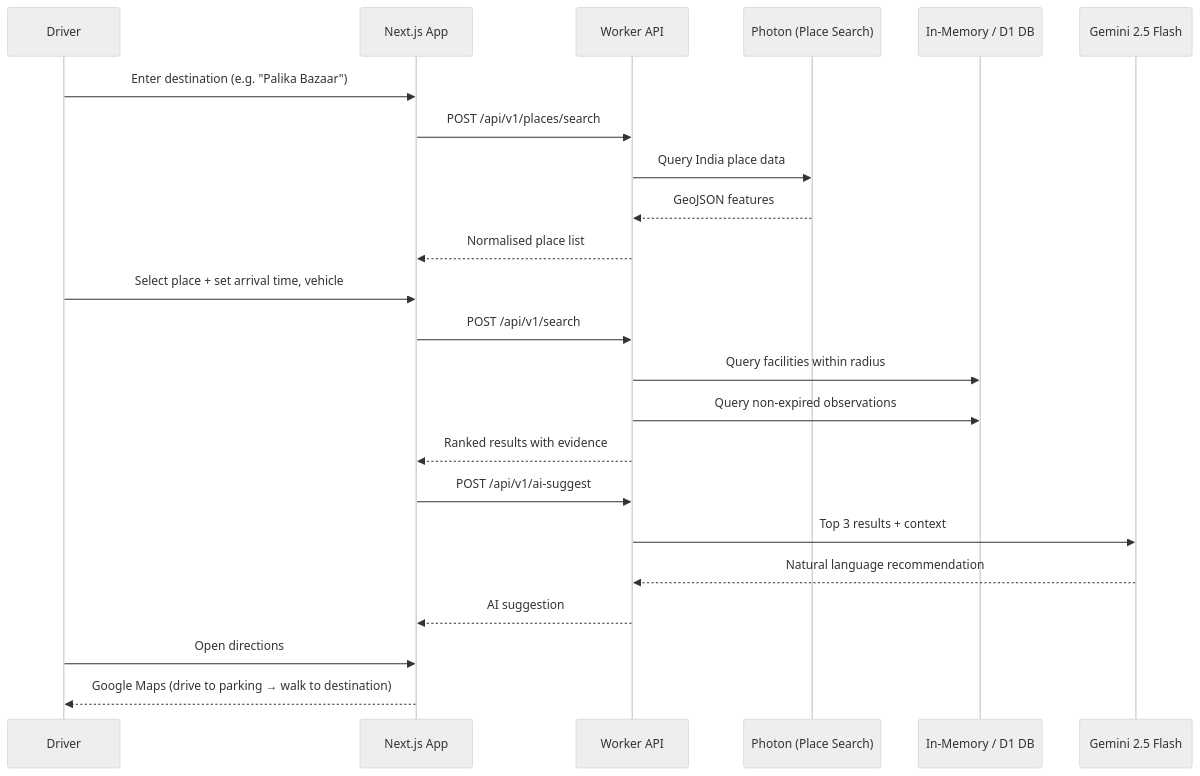
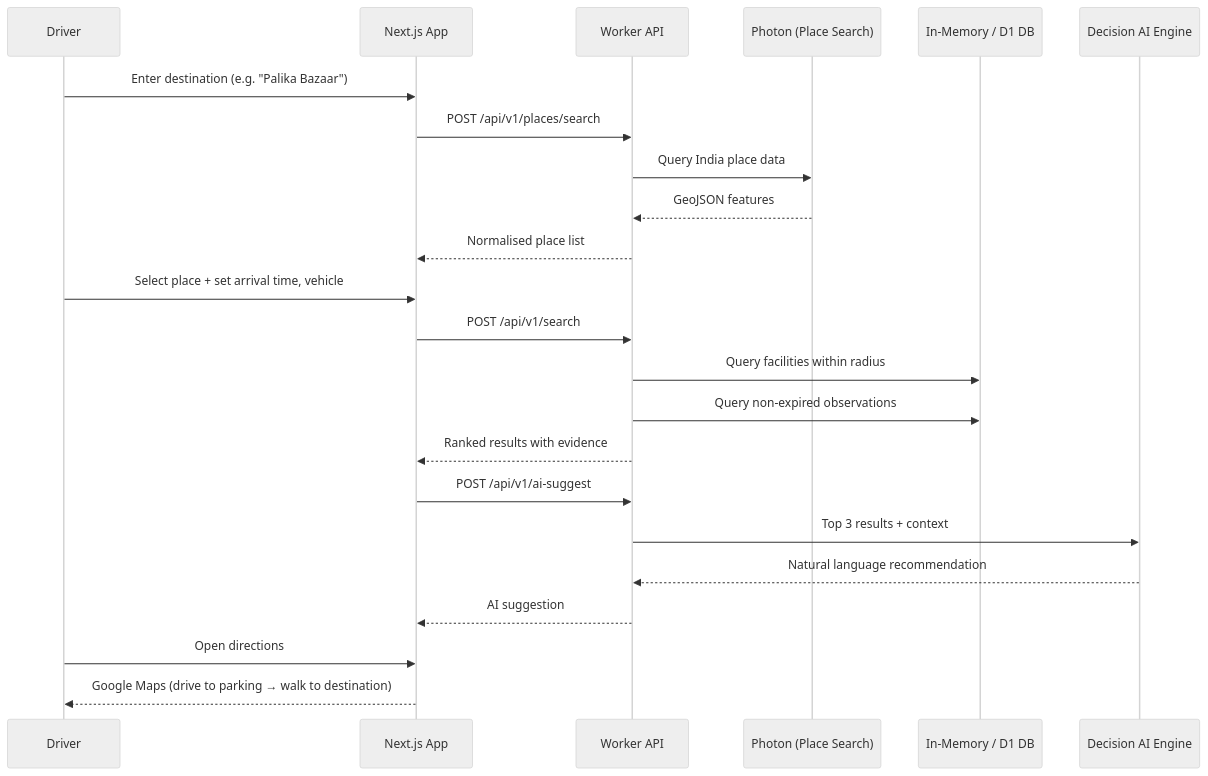
One commit to Rohi56u/PARKMYCAR changed the diagram in README.md. Above: the diagram before and after it, drawn with Mermaid (neutral theme). The commit also changed other lines of this file and 5 other files, not shown here.

````diff
--- a/README.md
+++ b/README.md
@@ -139,29 +139,29 @@
 ```mermaid
 sequenceDiagram
     participant Driver
     participant WebApp as Next.js App
     participant API as Worker API
     participant Photon as Photon (Place Search)
     participant DB as In-Memory / D1 DB
-    participant Gemini as Gemini 2.5 Flash
+    participant AI as Decision AI Engine
 
     Driver->>WebApp: Enter destination (e.g. "Palika Bazaar")
     WebApp->>API: POST /api/v1/places/search
     API->>Photon: Query India place data
     Photon-->>API: GeoJSON features
     API-->>WebApp: Normalised place list
 
     Driver->>WebApp: Select place + set arrival time, vehicle
     WebApp->>API: POST /api/v1/search
     API->>DB: Query facilities within radius
     API->>DB: Query non-expired observations
     API-->>WebApp: Ranked results with evidence
 
     WebApp->>API: POST /api/v1/ai-suggest
-    API->>Gemini: Top 3 results + context
-    Gemini-->>API: Natural language recommendation
+    API->>AI: Top 3 results + context
+    AI-->>API: Natural language recommendation
     API-->>WebApp: AI suggestion
 
     Driver->>WebApp: Open directions
     WebApp-->>Driver: Google Maps (drive to parking → walk to destination)
 ```
````
